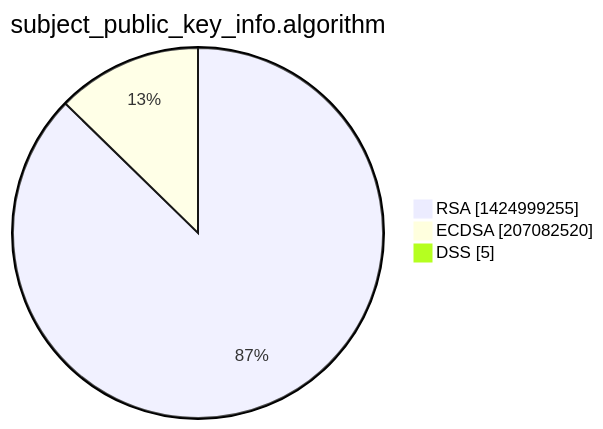
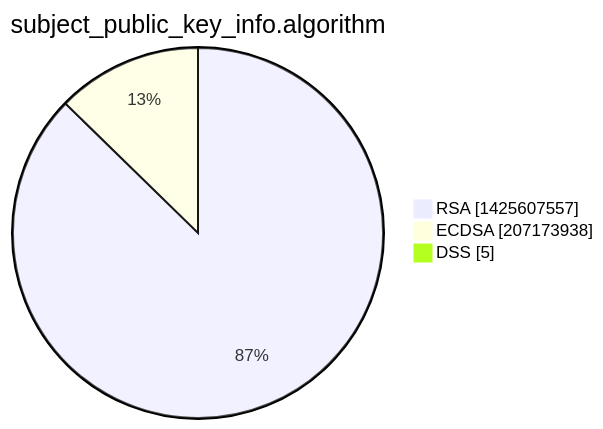
One commit to christiankrug/ctmonitor_visualization changed the third of 15 diagrams in xenon2022/README.md. Above: the diagram before and after it, drawn with Mermaid. The commit also changed other lines of this file, not shown here.

````diff
--- a/xenon2022/README.md
+++ b/xenon2022/README.md
@@ -14,7 +14,7 @@
 ```mermaid
 pie showData
 title subject_public_key_info.algorithm
-"RSA" :1424999255
-"ECDSA" :207082520
+"RSA" :1425607557
+"ECDSA" :207173938
 "DSS" :5
 ```
````
